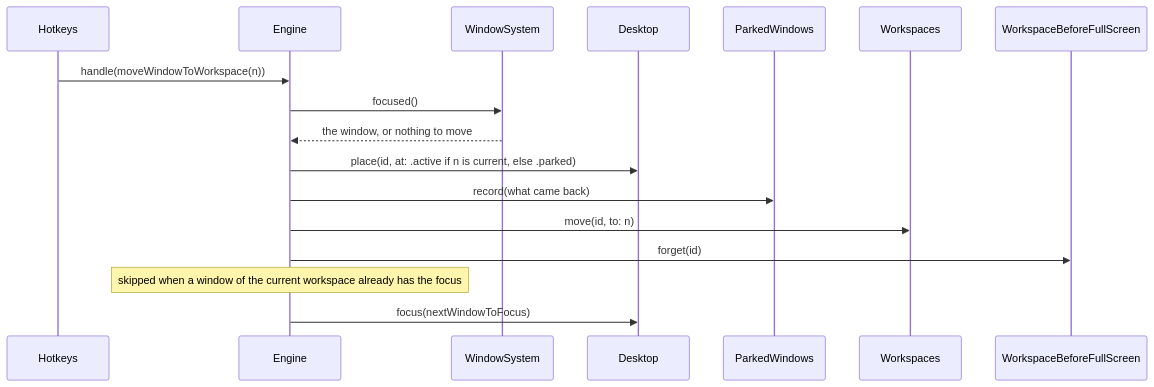
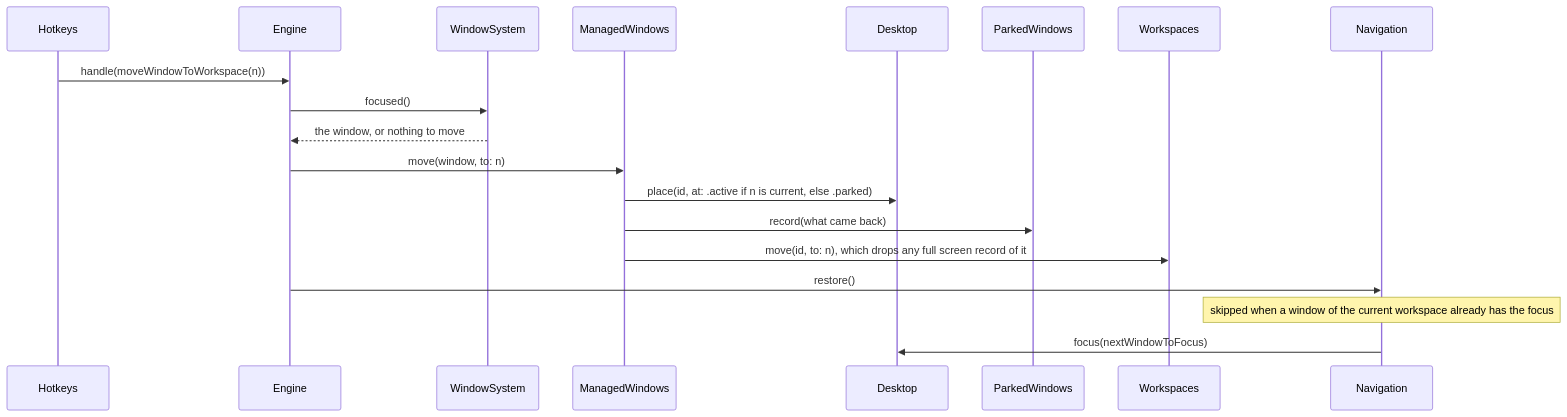
The ninth of 18 diagrams in ARCHITECTURE.md (brennovich/ottowm), drawn with Mermaid before and after one commit. The commit also changed other lines of this file and 23 other files, not shown here.

````diff
--- a/ARCHITECTURE.md
+++ b/ARCHITECTURE.md
@@ -226,12 +246,13 @@
 ```mermaid
 sequenceDiagram
     Hotkeys->>Engine: handle(moveWindowToWorkspace(n))
     Engine->>WindowSystem: focused()
     WindowSystem-->>Engine: the window, or nothing to move
-    Engine->>Desktop: place(id, at: .active if n is current, else .parked)
-    Engine->>ParkedWindows: record(what came back)
-    Engine->>Workspaces: move(id, to: n)
-    Engine->>WorkspaceBeforeFullScreen: forget(id)
-    Note over Engine: skipped when a window of the current workspace already has the focus
-    Engine->>Desktop: focus(nextWindowToFocus)
+    Engine->>ManagedWindows: move(window, to: n)
+    ManagedWindows->>Desktop: place(id, at: .active if n is current, else .parked)
+    ManagedWindows->>ParkedWindows: record(what came back)
+    ManagedWindows->>Workspaces: move(id, to: n), which drops any full screen record of it
+    Engine->>Navigation: restore()
+    Note over Navigation: skipped when a window of the current workspace already has the focus
+    Navigation->>Desktop: focus(nextWindowToFocus)
 ```
````
